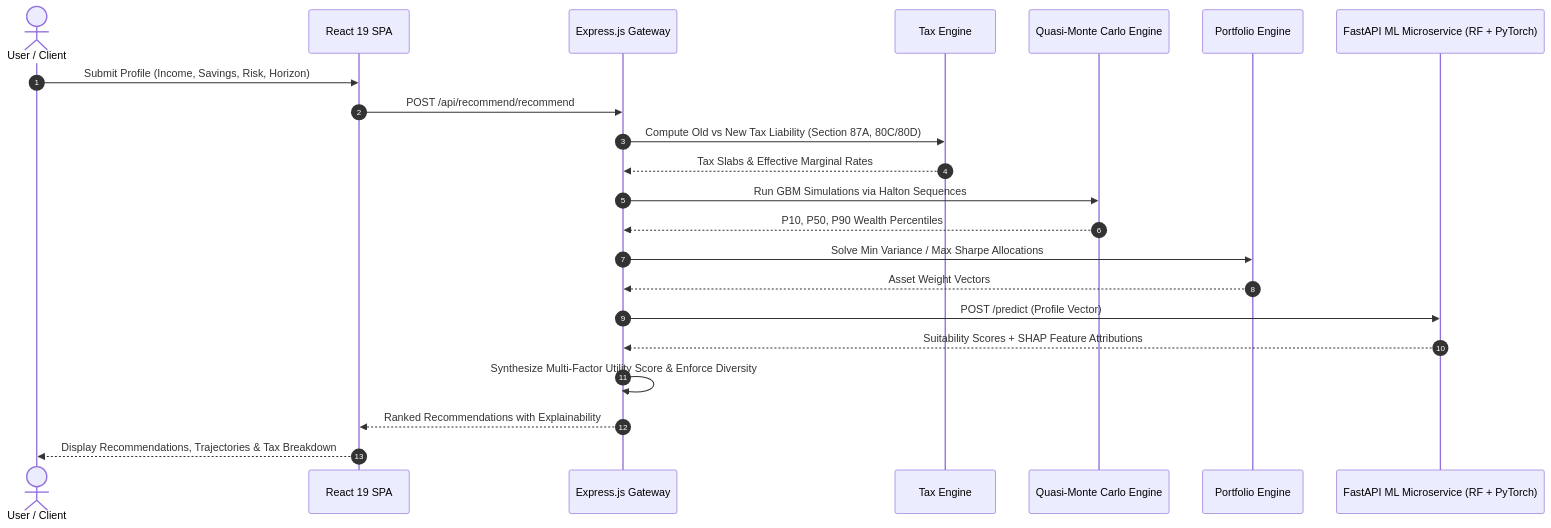
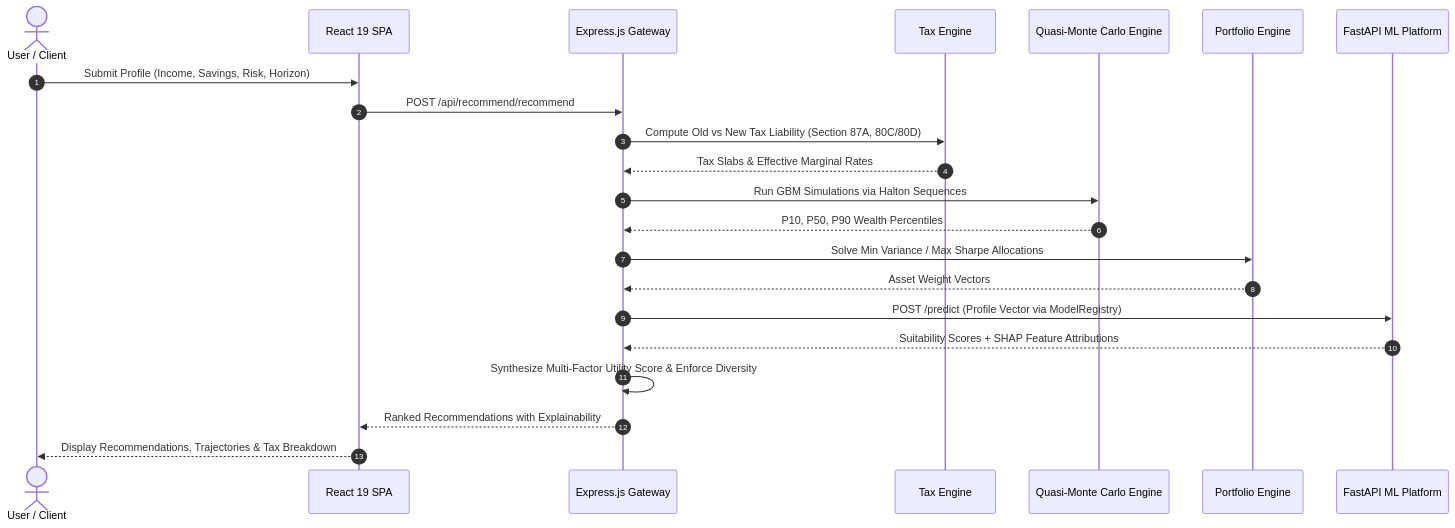
One commit to yashaskn8/WealthGenie-AI-Powered-Financial-Advisory-Platform changed the third of 3 diagrams in README.md. Above: the diagram before and after it, drawn with Mermaid. The commit also changed other lines of this file and 15 other files, not shown here.

Commit message:
feat(ml-platform): harden PyTorch pipeline with ModelRegistry, FT-Transformer, Data Validation Gate, Experiment Tracker, and multi-model benchmarking

````diff
--- a/README.md
+++ b/README.md
@@ -54,25 +103,25 @@
 ```mermaid
 sequenceDiagram
     autonumber
     actor Investor as User / Client
     participant Frontend as React 19 SPA
     participant Gateway as Express.js Gateway
     participant Tax as Tax Engine
     participant QMC as Quasi-Monte Carlo Engine
     participant MPT as Portfolio Engine
-    participant ML as FastAPI ML Microservice (RF + PyTorch)
+    participant ML as FastAPI ML Platform
 
     Investor->>Frontend: Submit Profile (Income, Savings, Risk, Horizon)
     Frontend->>Gateway: POST /api/recommend/recommend
     Gateway->>Tax: Compute Old vs New Tax Liability (Section 87A, 80C/80D)
     Tax-->>Gateway: Tax Slabs & Effective Marginal Rates
     Gateway->>QMC: Run GBM Simulations via Halton Sequences
     QMC-->>Gateway: P10, P50, P90 Wealth Percentiles
     Gateway->>MPT: Solve Min Variance / Max Sharpe Allocations
     MPT-->>Gateway: Asset Weight Vectors
-    Gateway->>ML: POST /predict (Profile Vector)
+    Gateway->>ML: POST /predict (Profile Vector via ModelRegistry)
     ML-->>Gateway: Suitability Scores + SHAP Feature Attributions
     Gateway->>Gateway: Synthesize Multi-Factor Utility Score & Enforce Diversity
     Gateway-->>Frontend: Ranked Recommendations with Explainability
     Frontend-->>Investor: Display Recommendations, Trajectories & Tax Breakdown
 ```
````
